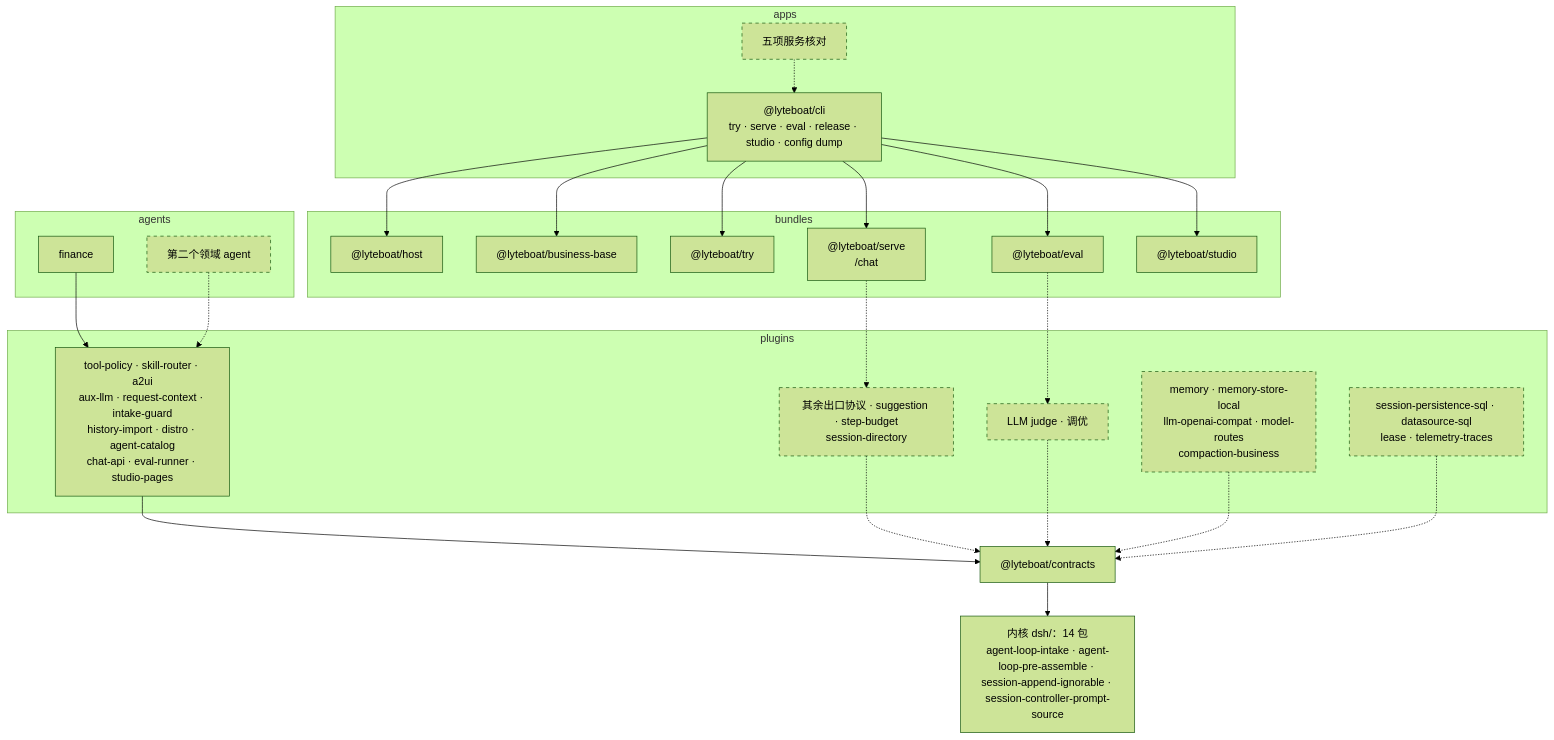
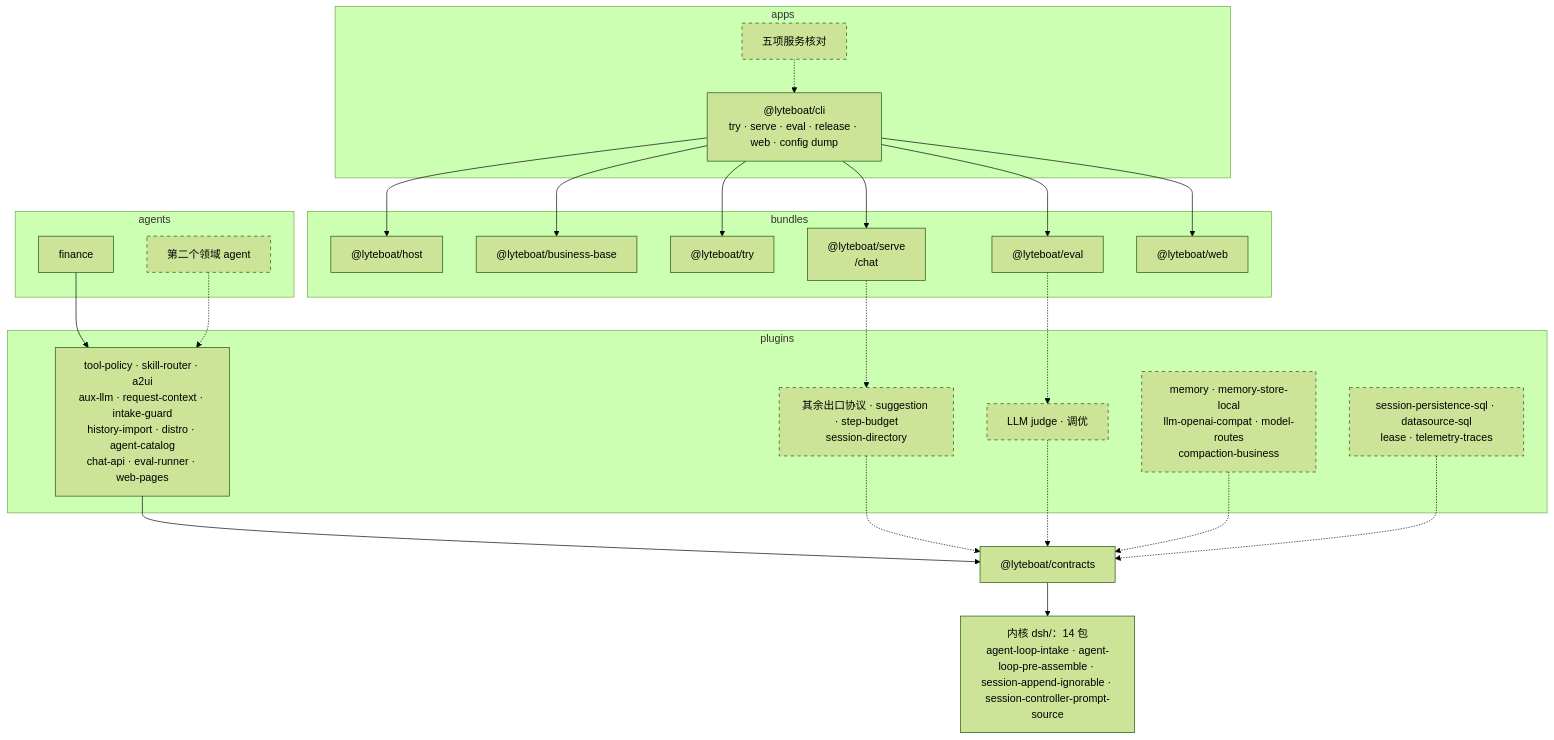
One commit to lyteboat/boat changed the second of 3 diagrams in docs/04-reference-alignment.md. Above: the diagram before and after it, drawn with Mermaid (forest theme). The commit also changed other lines of this file and 7 other files, not shown here.

First line of the commit message:
docs: lyteboat web — rename the dsh-web mode in the docs

````diff
--- a/docs/04-reference-alignment.md
+++ b/docs/04-reference-alignment.md
@@ -738,47 +738,47 @@
 ```mermaid
 flowchart TB
   subgraph APPS["apps"]
-    CLI["@lyteboat/cli<br/>try · serve · eval · release · studio · config dump"]
+    CLI["@lyteboat/cli<br/>try · serve · eval · release · web · config dump"]
     CLIN["五项服务核对"]
   end
   subgraph BUNDLES["bundles"]
     HOST["@lyteboat/host"]
     BASE["@lyteboat/business-base"]
     RUN["@lyteboat/try"]
     SERVE["@lyteboat/serve<br/>/chat"]
     EVAL["@lyteboat/eval"]
-    STUDIO["@lyteboat/studio"]
+    WEB["@lyteboat/web"]
   end
   subgraph AGENTS["agents"]
     FIN["finance"]
     AG2["第二个领域 agent"]
   end
   subgraph PLUGINS["plugins"]
-    HAVE["tool-policy · skill-router · a2ui<br/>aux-llm · request-context · intake-guard<br/>history-import · distro · agent-catalog<br/>chat-api · eval-runner · studio-pages"]
+    HAVE["tool-policy · skill-router · a2ui<br/>aux-llm · request-context · intake-guard<br/>history-import · distro · agent-catalog<br/>chat-api · eval-runner · web-pages"]
     WIRE["其余出口协议 · suggestion · step-budget<br/>session-directory"]
     JUDGE["LLM judge · 调优"]
     MEM["memory · memory-store-local<br/>llm-openai-compat · model-routes<br/>compaction-business"]
     MULTI["session-persistence-sql · datasource-sql<br/>lease · telemetry-traces"]
   end
   CT["@lyteboat/contracts"]
   K["内核 dsh/：14 包<br/>agent-loop-intake · agent-loop-pre-assemble · session-append-ignorable · session-controller-prompt-source"]
   CLI --> HOST
   CLI --> BASE
   CLI --> RUN
   CLI --> SERVE
   CLI --> EVAL
-  CLI --> STUDIO
+  CLI --> WEB
   CLIN -.-> CLI
   SERVE -.-> WIRE
   EVAL -.-> JUDGE
   FIN --> HAVE
   AG2 -.-> HAVE
   HAVE --> CT
   WIRE -.-> CT
   JUDGE -.-> CT
   MEM -.-> CT
   MULTI -.-> CT
   CT --> K
   classDef planned stroke-dasharray: 5 5
   class CLIN,AG2,WIRE,JUDGE,MEM,MULTI planned
 ```
````
